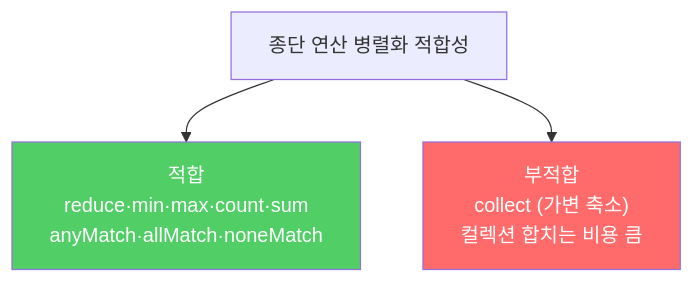
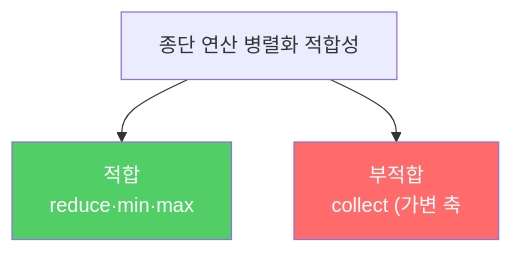
The second of 3 diagrams in _posts/java/2022-01-24-effective-java48.md (yjkim2015/yjkim2015.github.io), drawn with Mermaid before and after one commit. The commit also changed other lines of this file and 271 other files, not shown here.

First line of the commit message:
Mermaid 라벨 축소: 긴 노드 텍스트 18자 이하로 트림 + \n 제거

````diff
--- a/_posts/java/2022-01-24-effective-java48.md
+++ b/_posts/java/2022-01-24-effective-java48.md
@@ -55,7 +55,7 @@
 ```mermaid
 graph TD
-    A["종단 연산 병렬화 적합성"] --> B["적합\nreduce·min·max·count·sum\nanyMatch·allMatch·noneMatch"]
-    A --> C["부적합\ncollect (가변 축소)\n컬렉션 합치는 비용 큼"]
+    A["종단 연산 병렬화 적합성"] --> B["적합\nreduce·min·max"]
+    A --> C["부적합\ncollect (가변 축"]
     style B fill:#51cf66,color:#fff
     style C fill:#ff6b6b,color:#fff
 ```
````
